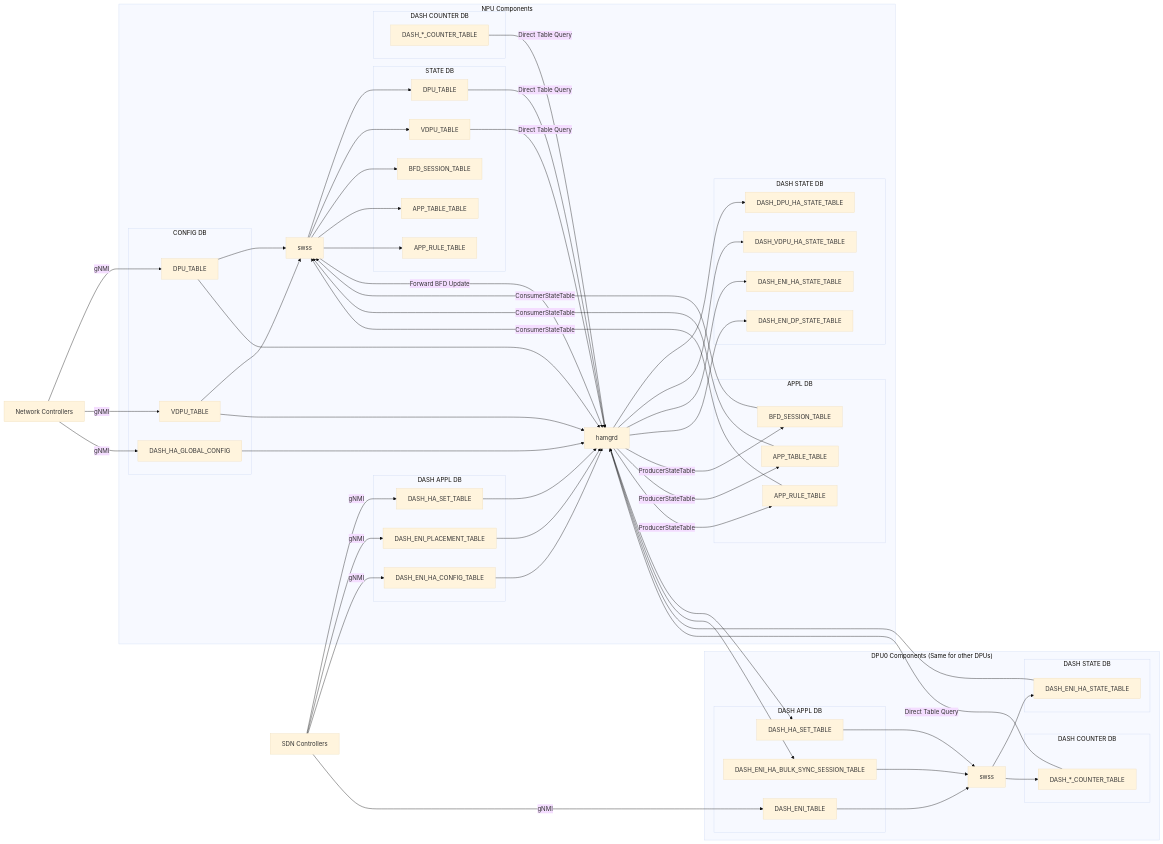
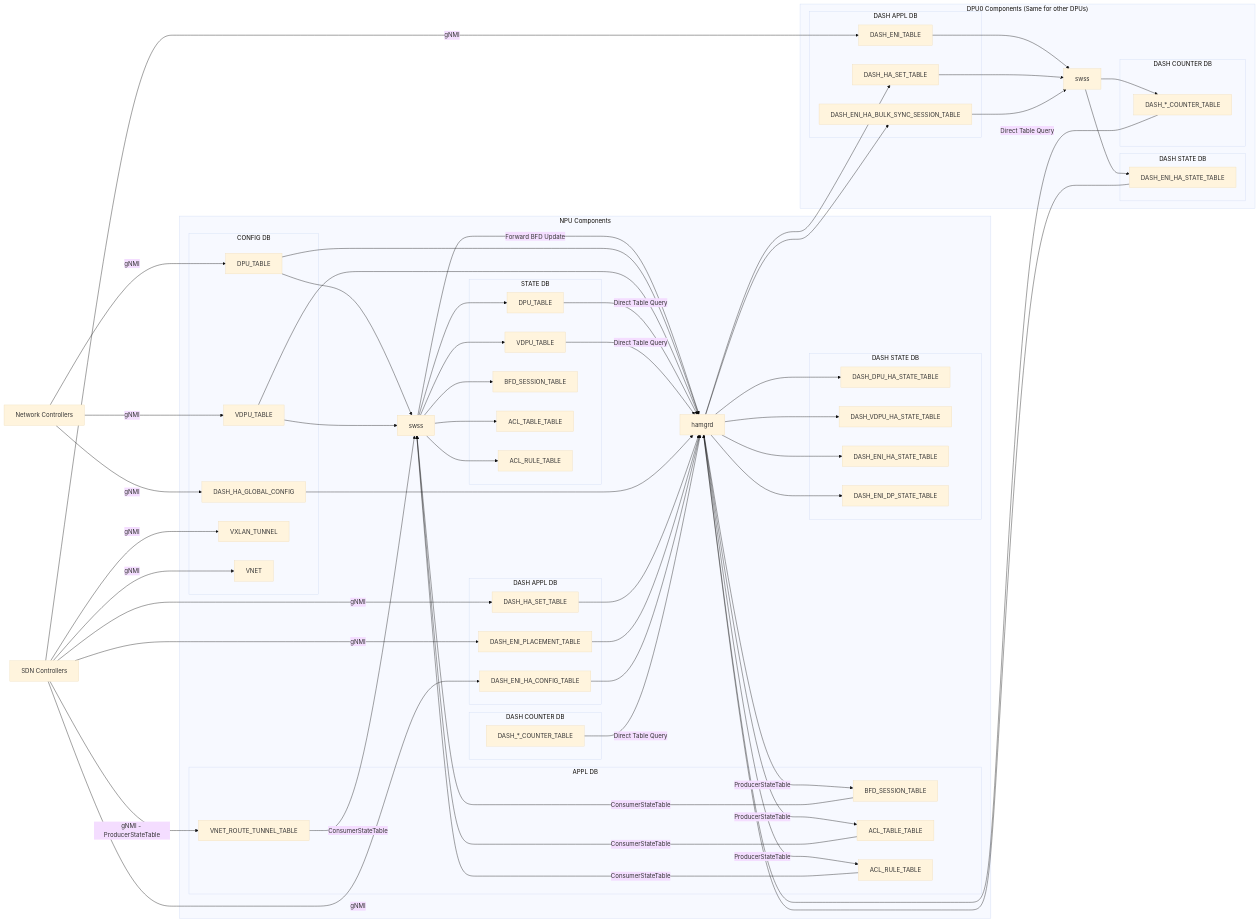
The second of 2 diagrams in doc/smart-switch/high-availability/smart-switch-ha-detailed-design.md (sonic-net/SONiC), drawn with Mermaid (base theme) before and after one commit. The commit also changed other lines of this file, not shown here.

```diff
--- a/doc/smart-switch/high-availability/smart-switch-ha-detailed-design.md
+++ b/doc/smart-switch/high-availability/smart-switch-ha-detailed-design.md
@@ -64,12 +194,15 @@
          NPU_DPU[DPU_TABLE]
          NPU_VDPU[VDPU_TABLE]
          NPU_DASH_HA_GLOBAL_CONFIG[DASH_HA_GLOBAL_CONFIG]
+         NPU_VXLAN_TUNNEL[VXLAN_TUNNEL]
+         NPU_VNET[VNET]
       end
 
       subgraph APPL DB
+         NPU_VNET_ROUTE_TUNNEL_TABLE[VNET_ROUTE_TUNNEL_TABLE]
          NPU_BFD_SESSION[BFD_SESSION_TABLE]
-         NPU_ACL_TABLE[APP_TABLE_TABLE]
-         NPU_ACL_RULE[APP_RULE_TABLE]
+         NPU_ACL_TABLE[ACL_TABLE_TABLE]
+         NPU_ACL_RULE[ACL_RULE_TABLE]
       end
 
       subgraph DASH APPL DB
@@ -82,8 +215,8 @@
          NPU_DPU_STATE[DPU_TABLE]
          NPU_VDPU_STATE[VDPU_TABLE]
          NPU_BFD_SESSION_STATE[BFD_SESSION_TABLE]
-         NPU_ACL_TABLE_STATE[APP_TABLE_TABLE]
-         NPU_ACL_RULE_STATE[APP_RULE_TABLE]
+         NPU_ACL_TABLE_STATE[ACL_TABLE_TABLE]
+         NPU_ACL_RULE_STATE[ACL_RULE_TABLE]
       end
 
       subgraph DASH STATE DB
@@ -124,6 +257,9 @@
    SC --> |gNMI| NPU_DASH_HA_SET
    SC --> |gNMI| NPU_DASH_ENI_PLACEMENT
    SC --> |gNMI| NPU_DASH_ENI_HA_CONFIG
+   SC --> |gNMI| NPU_VXLAN_TUNNEL
+   SC --> |gNMI| NPU_VNET
+   SC --> |gNMI - ProducerStateTable| NPU_VNET_ROUTE_TUNNEL_TABLE
    SC --> |gNMI| DPU_DASH_ENI
 
    %% NPU tables --> NPU side SWSS:
@@ -132,6 +268,7 @@
    NPU_BFD_SESSION --> |ConsumerStateTable| NPU_SWSS
    NPU_ACL_TABLE --> |ConsumerStateTable| NPU_SWSS
    NPU_ACL_RULE --> |ConsumerStateTable| NPU_SWSS
+   NPU_VNET_ROUTE_TUNNEL_TABLE --> |ConsumerStateTable| NPU_SWSS
 
    %% NPU side SWSS --> NPU tables:
    NPU_SWSS --> NPU_DPU_STATE
```
